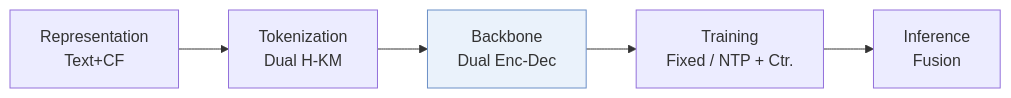
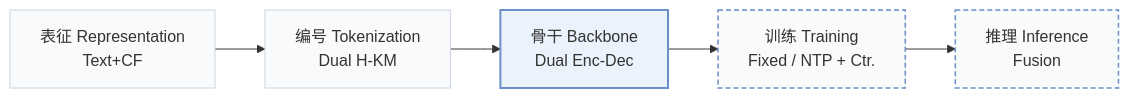
The first of 3 diagrams in pages/zh/papers/eager.md (Galaxy-ghost/Awesome-SID-Generative-Rec), drawn with Mermaid before and after one commit. The commit also changed other lines of this file and 649 other files, not shown here.

Commit message:
writer-05: also tags and modality index (schema, check, build, visuals); summary field removed; calibration data for 12 papers

````diff
--- a/pages/zh/papers/eager.md
+++ b/pages/zh/papers/eager.md
@@ -13,6 +15,10 @@
 ```mermaid
 flowchart LR
-    R["Representation<br/>Text+CF"] --> T["Tokenization<br/>Dual H-KM"] --> B["Backbone<br/>Dual Enc-Dec"] --> TR["Training<br/>Fixed / NTP + Ctr."] --> I["Inference<br/>Fusion"]
-    classDef main fill:#eaf2fb,stroke:#6b8fc7
+    R["表征 Representation<br/>Text+CF"] --> T["编号 Tokenization<br/>Dual H-KM"] --> B["骨干 Backbone<br/>Dual Enc-Dec"] --> TR["训练 Training<br/>Fixed / NTP + Ctr."] --> I["推理 Inference<br/>Fusion"]
+    classDef base fill:#f8fafc,stroke:#cbd5e1
+    class R,T,B,TR,I base
+    classDef also fill:#f8fafc,stroke:#6b8fc7,stroke-width:1.5px,stroke-dasharray:5 3
+    class TR,I also
+    classDef main fill:#eaf2fb,stroke:#6b8fc7,stroke-width:2px
     class B main
 ```
````
